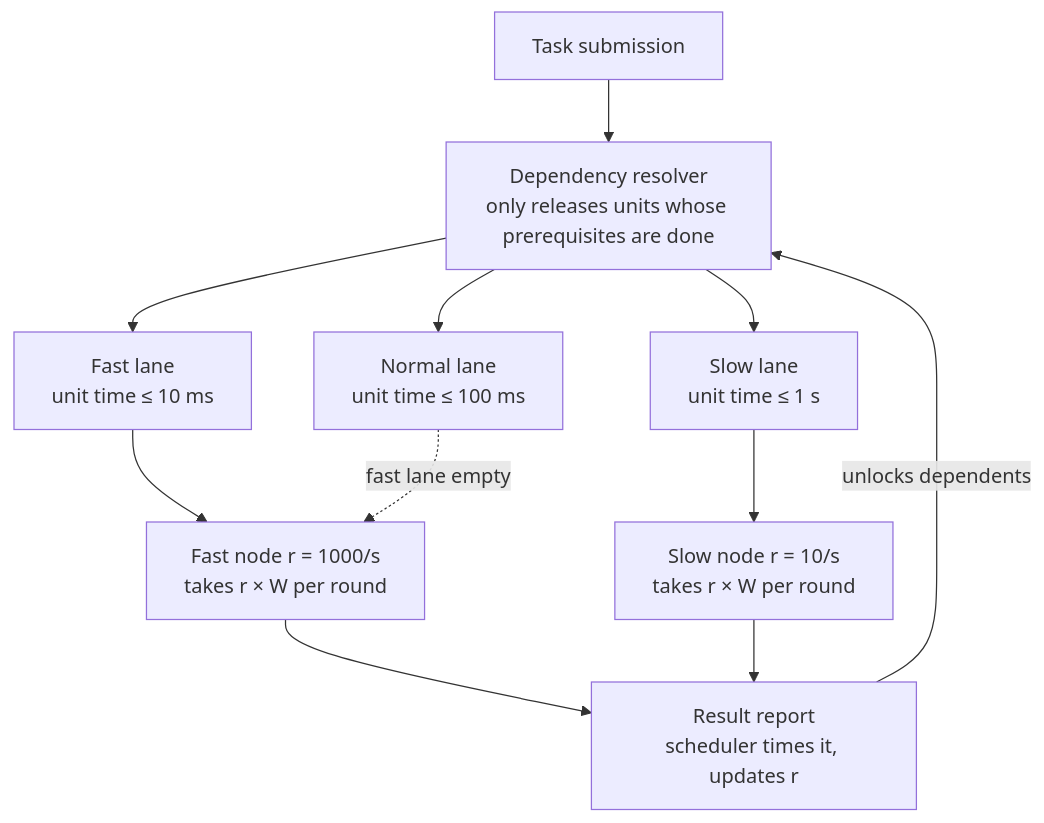
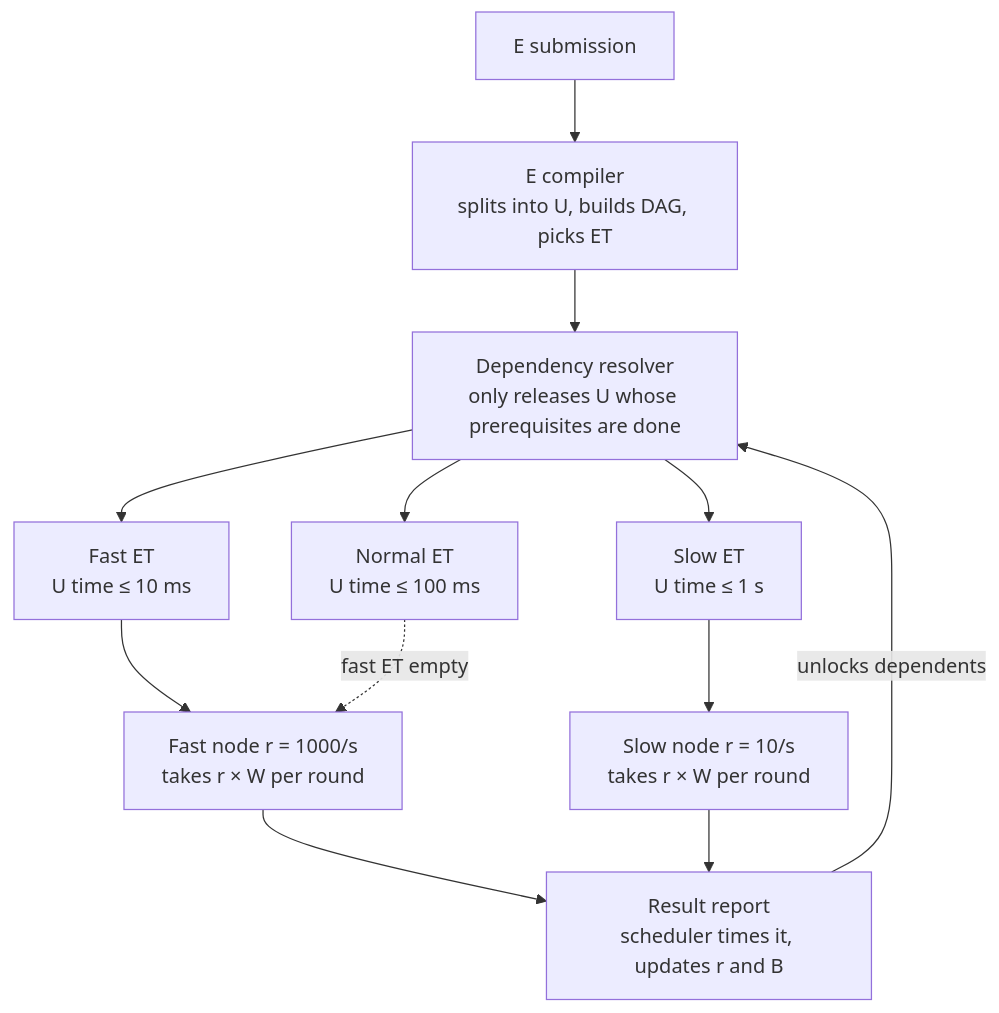
The diagram in README.md (infohex/Asymmetric-Distributed-Inference), drawn with Mermaid before and after one commit. The commit also changed other lines of this file and 3 other files, not shown here.

First line of the commit message:
Design v2: Unity / Event / Event Trench terminology, tensor-op-graph IR

````diff
--- a/README.md
+++ b/README.md
@@ -30,14 +30,14 @@
 ```mermaid
 flowchart TB
-    S[Task submission] --> R
-    R[Dependency resolver<br/>only releases units whose prerequisites are done]
-    R --> F[Fast lane<br/>unit time ≤ 10 ms]
-    R --> N[Normal lane<br/>unit time ≤ 100 ms]
-    R --> L[Slow lane<br/>unit time ≤ 1 s]
+    S[E submission] --> C[E compiler<br/>splits into U, builds DAG, picks ET]
+    C --> R[Dependency resolver<br/>only releases U whose prerequisites are done]
+    R --> F[Fast ET<br/>U time ≤ 10 ms]
+    R --> N[Normal ET<br/>U time ≤ 100 ms]
+    R --> L[Slow ET<br/>U time ≤ 1 s]
     F --> NF[Fast node r = 1000/s<br/>takes r × W per round]
-    N -. fast lane empty .-> NF
+    N -. fast ET empty .-> NF
     L --> NS[Slow node r = 10/s<br/>takes r × W per round]
-    NF --> RES[Result report<br/>scheduler times it, updates r]
+    NF --> RES[Result report<br/>scheduler times it, updates r and B]
     NS --> RES
     RES -- unlocks dependents --> R
 ```
````
